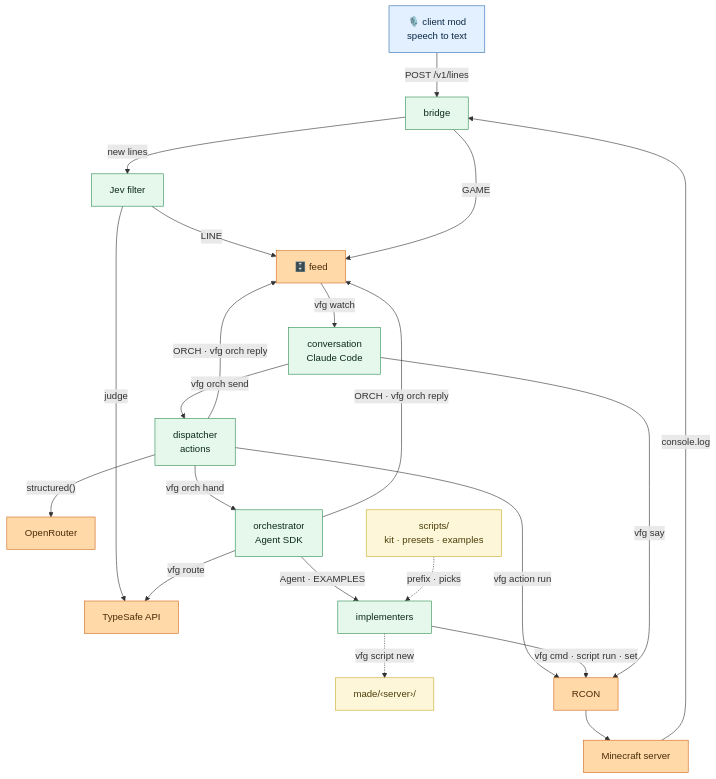
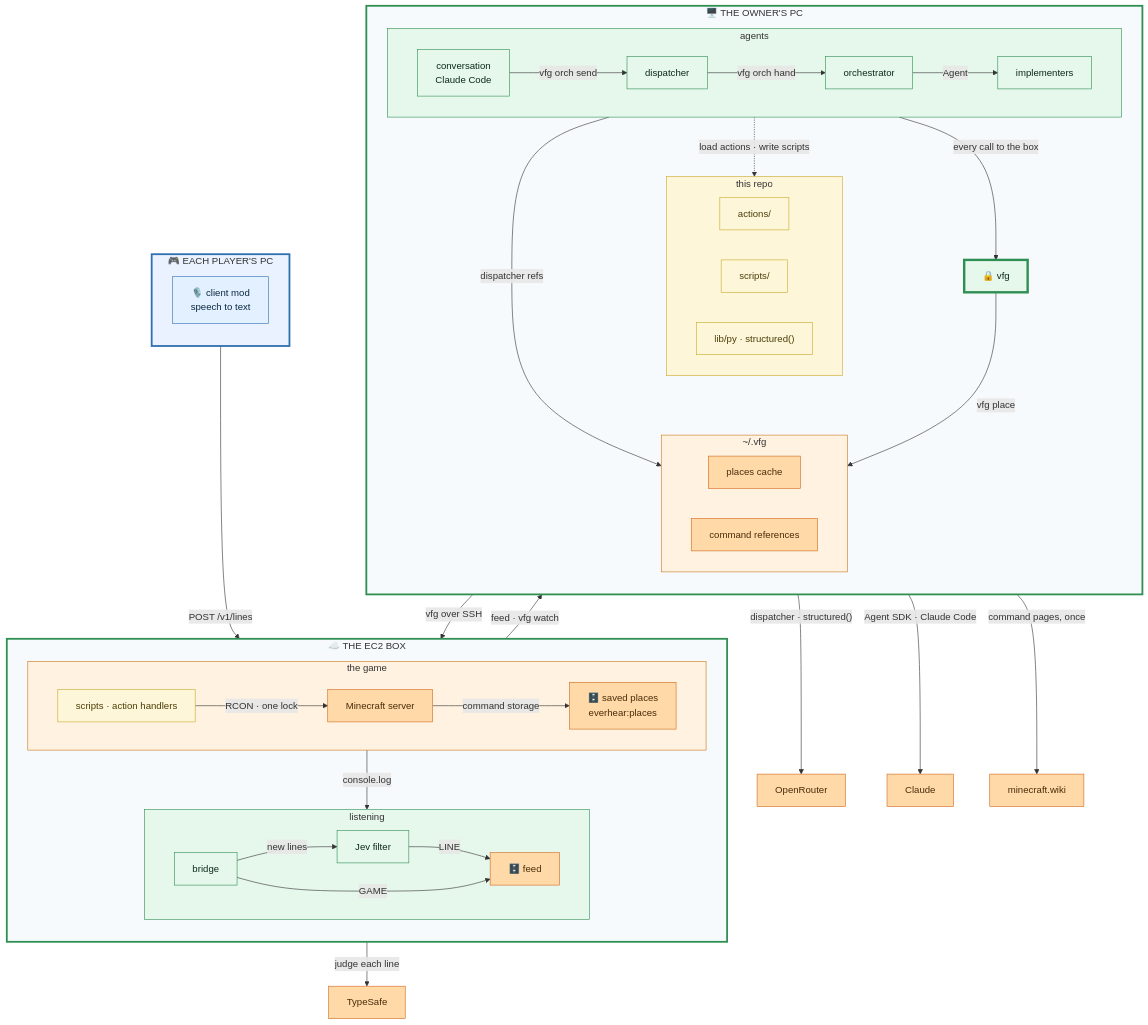
The diagram in README.md (jesse51002/everhear), drawn with Mermaid before and after one commit. The commit also changed other lines of this file, not shown here.

Commit message:
README: the system graph by machine, with the dispatcher's parts
The graph is now grouped by where things run (each player's PC, the EC2 box,
the owner's PC) and shows what the dispatcher work added: saved places in the
world's command storage, the places cache and command references in ~/.vfg,
actions/ and lib/py beside scripts/, the one RCON lock, and OpenRouter and
minecraft.wiki as externals. Checked with Mermaid 9, the sibling rule and a render.

````diff
--- a/README.md
+++ b/README.md
@@ -10,47 +10,86 @@
 ```mermaid
 flowchart TB
-  Mod["🎙️ client mod<br/>speech to text"]
-  Bridge["bridge"]
-  Jev["Jev filter"]
-  TypeSafe["TypeSafe API"]
-  Feed["🗄️ feed"]
-  Conv["conversation<br/>Claude Code"]
-  Disp["dispatcher<br/>actions"]
+  subgraph Player["🎮 EACH PLAYER'S PC"]
+    direction TB
+    Mod["🎙️ client mod<br/>speech to text"]
+  end
+
+  subgraph Box["☁️ THE EC2 BOX"]
+    direction TB
+    subgraph Listen["listening"]
+      Bridge["bridge"]
+      Jev["Jev filter"]
+      Feed["🗄️ feed"]
+      Bridge -->|"new lines"| Jev
+      Jev -->|"LINE"| Feed
+      Bridge -->|"GAME"| Feed
+    end
+    subgraph Game["the game"]
+      Run["scripts · action handlers"]
+      MC["Minecraft server"]
+      Places["🗄️ saved places<br/>everhear:places"]
+      Run -->|"RCON · one lock"| MC
+      MC -->|"command storage"| Places
+    end
+    Game -->|"console.log"| Listen
+  end
+
+  subgraph Owner["🖥️ THE OWNER'S PC"]
+    direction TB
+    subgraph Agents["agents"]
+      Conv["conversation<br/>Claude Code"]
+      Disp["dispatcher"]
+      Orch["orchestrator"]
+      Impl["implementers"]
+      Conv -->|"vfg orch send"| Disp
+      Disp -->|"vfg orch hand"| Orch
+      Orch -->|"Agent"| Impl
+    end
+    Vfg["🔒 vfg"]
+    subgraph Repo["this repo"]
+      Actions["actions/"]
+      Scripts["scripts/"]
+      Lib["lib/py · structured()"]
+    end
+    subgraph Home["~/.vfg"]
+      Cache["places cache"]
+      Refs["command references"]
+    end
+    Agents -->|"every call to the box"| Vfg
+    Agents -.->|"load actions · write scripts"| Repo
+    Agents -->|"dispatcher refs"| Home
+    Vfg -->|"vfg place"| Home
+  end
+
+  TypeSafe["TypeSafe"]
   OpenRouter["OpenRouter"]
-  Orch["orchestrator<br/>Agent SDK"]
-  Impl["implementers"]
-  Library["scripts/<br/>kit · presets · examples"]
-  Made["made/‹server›/"]
-  RCON["RCON"]
-  MC["Minecraft server"]
+  Claude["Claude"]
+  Wiki["minecraft.wiki"]
 
-  Mod -->|"POST /v1/lines"| Bridge
-  Bridge -->|"new lines"| Jev
-  Jev -->|"judge"| TypeSafe
-  Jev -->|"LINE"| Feed
-  Bridge -->|"GAME"| Feed
-  Feed -->|"vfg watch"| Conv
-  Conv -->|"vfg orch send"| Disp
-  Disp -->|"structured()"| OpenRouter
-  Disp -->|"vfg orch hand"| Orch
-  Disp -->|"vfg action run"| RCON
-  Orch -->|"vfg route"| TypeSafe
-  Orch -->|"Agent · EXAMPLES"| Impl
-  Library -.->|"prefix · picks"| Impl
-  Impl -.->|"vfg script new"| Made
-  Impl -->|"vfg cmd · script run · set"| RCON
-  Conv -->|"vfg say"| RCON
-  RCON --> MC
-  MC -->|"console.log"| Bridge
-  Disp -->|"ORCH · vfg orch reply"| Feed
-  Orch -->|"ORCH · vfg orch reply"| Feed
+  Player -->|"POST /v1/lines"| Box
+  Box -->|"feed · vfg watch"| Owner
+  Owner -->|"vfg over SSH"| Box
+  Box -->|"judge each line"| TypeSafe
+  Owner -->|"dispatcher · structured()"| OpenRouter
+  Owner -->|"Agent SDK · Claude Code"| Claude
+  Owner -->|"command pages, once"| Wiki
 
+  classDef default fill:#ffffff,stroke:#94a3b8,color:#1f2937;
   classDef client fill:#e3f0ff,stroke:#2f6fb0,color:#0b2942;
   classDef svc    fill:#e6f7ec,stroke:#2f8f53,color:#0b2b18;
   classDef ext    fill:#ffd9a8,stroke:#d2691e,color:#4a2c08;
   classDef tool   fill:#fdf6d8,stroke:#caab2f,color:#4a3d08;
   class Mod client;
-  class Bridge,Jev,Conv,Disp,Orch,Impl svc;
-  class Feed,TypeSafe,OpenRouter,RCON,MC ext;
-  class Library,Made tool;
+  class Bridge,Jev,Conv,Disp,Orch,Impl,Vfg svc;
+  class Feed,MC,Places,Cache,Refs,TypeSafe,OpenRouter,Claude,Wiki ext;
+  class Run,Actions,Scripts,Lib tool;
+  style Player fill:#eaf2ff,stroke:#2f6fb0,stroke-width:3px;
+  style Box fill:#f7fafc,stroke:#2f8f53,stroke-width:3px;
+  style Owner fill:#f7fafc,stroke:#2f8f53,stroke-width:3px;
+  style Listen fill:#e6f7ec,stroke:#2f8f53;
+  style Game fill:#fff2e0,stroke:#c9781f;
+  style Agents fill:#e6f7ec,stroke:#2f8f53;
+  style Repo fill:#fdf6d8,stroke:#caab2f;
+  style Home fill:#fff2e0,stroke:#c9781f;
+  style Vfg stroke-width:4px;
 ```
````
